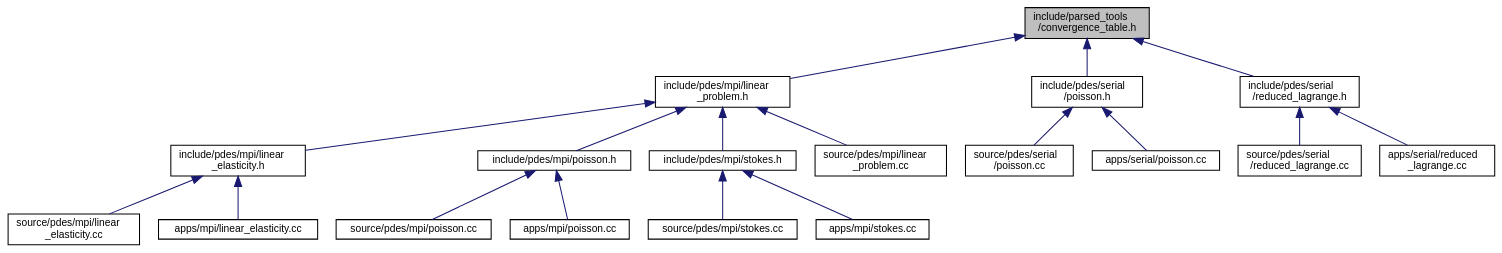
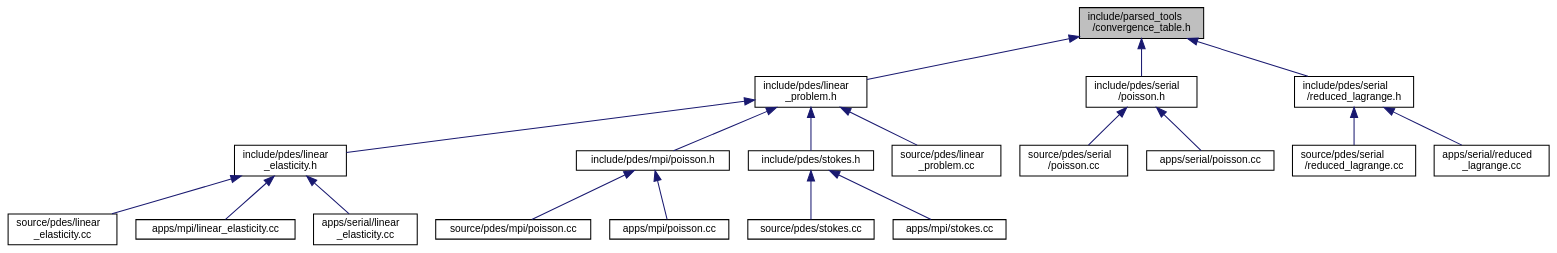
The diagram in convergence__table_8h__dep__incl.dot (luca-heltai/fsi-suite), drawn with Graphviz before and after one commit. The commit also changed 918 other files, not shown here.

```diff
--- a/convergence__table_8h__dep__incl.dot
+++ b/convergence__table_8h__dep__incl.dot
@@ -1,42 +1,44 @@
 digraph "include/parsed_tools/convergence_table.h"
 {
  // LATEX_PDF_SIZE
   bgcolor="transparent";
   edge [fontname="Helvetica",fontsize="10",labelfontname="Helvetica",labelfontsize="10"];
   node [fontname="Helvetica",fontsize="10",shape=record];
   Node1 [label="include/parsed_tools\l/convergence_table.h",height=0.2,width=0.4,color="black", fillcolor="grey75", style="filled", fontcolor="black",tooltip=" "];
   Node1 -> Node2 [dir="back",color="midnightblue",fontsize="10",style="solid",fontname="Helvetica"];
-  Node2 [label="include/pdes/mpi/linear\l_problem.h",height=0.2,width=0.4,color="black",URL="$linear__problem_8h.html",tooltip=" "];
+  Node2 [label="include/pdes/linear\l_problem.h",height=0.2,width=0.4,color="black",URL="$linear__problem_8h.html",tooltip=" "];
   Node2 -> Node3 [dir="back",color="midnightblue",fontsize="10",style="solid",fontname="Helvetica"];
-  Node3 [label="include/pdes/mpi/linear\l_elasticity.h",height=0.2,width=0.4,color="black",URL="$mpi_2linear__elasticity_8h.html",tooltip=" "];
+  Node3 [label="include/pdes/linear\l_elasticity.h",height=0.2,width=0.4,color="black",URL="$linear__elasticity_8h.html",tooltip=" "];
   Node3 -> Node4 [dir="back",color="midnightblue",fontsize="10",style="solid",fontname="Helvetica"];
-  Node4 [label="source/pdes/mpi/linear\l_elasticity.cc",height=0.2,width=0.4,color="black",URL="$source_2pdes_2mpi_2linear__elasticity_8cc.html",tooltip=" "];
+  Node4 [label="source/pdes/linear\l_elasticity.cc",height=0.2,width=0.4,color="black",URL="$source_2pdes_2linear__elasticity_8cc.html",tooltip=" "];
   Node3 -> Node5 [dir="back",color="midnightblue",fontsize="10",style="solid",fontname="Helvetica"];
   Node5 [label="apps/mpi/linear_elasticity.cc",height=0.2,width=0.4,color="black",URL="$apps_2mpi_2linear__elasticity_8cc.html",tooltip=" "];
-  Node2 -> Node6 [dir="back",color="midnightblue",fontsize="10",style="solid",fontname="Helvetica"];
-  Node6 [label="include/pdes/mpi/poisson.h",height=0.2,width=0.4,color="black",URL="$mpi_2poisson_8h.html",tooltip=" "];
-  Node6 -> Node7 [dir="back",color="midnightblue",fontsize="10",style="solid",fontname="Helvetica"];
-  Node7 [label="source/pdes/mpi/poisson.cc",height=0.2,width=0.4,color="black",URL="$source_2pdes_2mpi_2poisson_8cc.html",tooltip=" "];
-  Node6 -> Node8 [dir="back",color="midnightblue",fontsize="10",style="solid",fontname="Helvetica"];
-  Node8 [label="apps/mpi/poisson.cc",height=0.2,width=0.4,color="black",URL="$apps_2mpi_2poisson_8cc.html",tooltip=" "];
-  Node2 -> Node9 [dir="back",color="midnightblue",fontsize="10",style="solid",fontname="Helvetica"];
-  Node9 [label="include/pdes/mpi/stokes.h",height=0.2,width=0.4,color="black",URL="$mpi_2stokes_8h.html",tooltip=" "];
-  Node9 -> Node10 [dir="back",color="midnightblue",fontsize="10",style="solid",fontname="Helvetica"];
-  Node10 [label="source/pdes/mpi/stokes.cc",height=0.2,width=0.4,color="black",URL="$source_2pdes_2mpi_2stokes_8cc.html",tooltip=" "];
-  Node9 -> Node11 [dir="back",color="midnightblue",fontsize="10",style="solid",fontname="Helvetica"];
-  Node11 [label="apps/mpi/stokes.cc",height=0.2,width=0.4,color="black",URL="$apps_2mpi_2stokes_8cc.html",tooltip=" "];
-  Node2 -> Node12 [dir="back",color="midnightblue",fontsize="10",style="solid",fontname="Helvetica"];
-  Node12 [label="source/pdes/mpi/linear\l_problem.cc",height=0.2,width=0.4,color="black",URL="$linear__problem_8cc.html",tooltip=" "];
-  Node1 -> Node13 [dir="back",color="midnightblue",fontsize="10",style="solid",fontname="Helvetica"];
-  Node13 [label="include/pdes/serial\l/poisson.h",height=0.2,width=0.4,color="black",URL="$serial_2poisson_8h.html",tooltip=" "];
-  Node13 -> Node14 [dir="back",color="midnightblue",fontsize="10",style="solid",fontname="Helvetica"];
-  Node14 [label="source/pdes/serial\l/poisson.cc",height=0.2,width=0.4,color="black",URL="$source_2pdes_2serial_2poisson_8cc.html",tooltip=" "];
-  Node13 -> Node15 [dir="back",color="midnightblue",fontsize="10",style="solid",fontname="Helvetica"];
-  Node15 [label="apps/serial/poisson.cc",height=0.2,width=0.4,color="black",URL="$apps_2serial_2poisson_8cc.html",tooltip=" "];
-  Node1 -> Node16 [dir="back",color="midnightblue",fontsize="10",style="solid",fontname="Helvetica"];
-  Node16 [label="include/pdes/serial\l/reduced_lagrange.h",height=0.2,width=0.4,color="black",URL="$reduced__lagrange_8h.html",tooltip=" "];
-  Node16 -> Node17 [dir="back",color="midnightblue",fontsize="10",style="solid",fontname="Helvetica"];
-  Node17 [label="source/pdes/serial\l/reduced_lagrange.cc",height=0.2,width=0.4,color="black",URL="$source_2pdes_2serial_2reduced__lagrange_8cc.html",tooltip=" "];
-  Node16 -> Node18 [dir="back",color="midnightblue",fontsize="10",style="solid",fontname="Helvetica"];
-  Node18 [label="apps/serial/reduced\l_lagrange.cc",height=0.2,width=0.4,color="black",URL="$apps_2serial_2reduced__lagrange_8cc.html",tooltip=" "];
+  Node3 -> Node6 [dir="back",color="midnightblue",fontsize="10",style="solid",fontname="Helvetica"];
+  Node6 [label="apps/serial/linear\l_elasticity.cc",height=0.2,width=0.4,color="black",URL="$apps_2serial_2linear__elasticity_8cc.html",tooltip=" "];
+  Node2 -> Node7 [dir="back",color="midnightblue",fontsize="10",style="solid",fontname="Helvetica"];
+  Node7 [label="include/pdes/mpi/poisson.h",height=0.2,width=0.4,color="black",URL="$mpi_2poisson_8h.html",tooltip=" "];
+  Node7 -> Node8 [dir="back",color="midnightblue",fontsize="10",style="solid",fontname="Helvetica"];
+  Node8 [label="source/pdes/mpi/poisson.cc",height=0.2,width=0.4,color="black",URL="$source_2pdes_2mpi_2poisson_8cc.html",tooltip=" "];
+  Node7 -> Node9 [dir="back",color="midnightblue",fontsize="10",style="solid",fontname="Helvetica"];
+  Node9 [label="apps/mpi/poisson.cc",height=0.2,width=0.4,color="black",URL="$apps_2mpi_2poisson_8cc.html",tooltip=" "];
+  Node2 -> Node10 [dir="back",color="midnightblue",fontsize="10",style="solid",fontname="Helvetica"];
+  Node10 [label="include/pdes/stokes.h",height=0.2,width=0.4,color="black",URL="$stokes_8h.html",tooltip=" "];
+  Node10 -> Node11 [dir="back",color="midnightblue",fontsize="10",style="solid",fontname="Helvetica"];
+  Node11 [label="source/pdes/stokes.cc",height=0.2,width=0.4,color="black",URL="$source_2pdes_2stokes_8cc.html",tooltip=" "];
+  Node10 -> Node12 [dir="back",color="midnightblue",fontsize="10",style="solid",fontname="Helvetica"];
+  Node12 [label="apps/mpi/stokes.cc",height=0.2,width=0.4,color="black",URL="$apps_2mpi_2stokes_8cc.html",tooltip=" "];
+  Node2 -> Node13 [dir="back",color="midnightblue",fontsize="10",style="solid",fontname="Helvetica"];
+  Node13 [label="source/pdes/linear\l_problem.cc",height=0.2,width=0.4,color="black",URL="$linear__problem_8cc.html",tooltip=" "];
+  Node1 -> Node14 [dir="back",color="midnightblue",fontsize="10",style="solid",fontname="Helvetica"];
+  Node14 [label="include/pdes/serial\l/poisson.h",height=0.2,width=0.4,color="black",URL="$serial_2poisson_8h.html",tooltip=" "];
+  Node14 -> Node15 [dir="back",color="midnightblue",fontsize="10",style="solid",fontname="Helvetica"];
+  Node15 [label="source/pdes/serial\l/poisson.cc",height=0.2,width=0.4,color="black",URL="$source_2pdes_2serial_2poisson_8cc.html",tooltip=" "];
+  Node14 -> Node16 [dir="back",color="midnightblue",fontsize="10",style="solid",fontname="Helvetica"];
+  Node16 [label="apps/serial/poisson.cc",height=0.2,width=0.4,color="black",URL="$apps_2serial_2poisson_8cc.html",tooltip=" "];
+  Node1 -> Node17 [dir="back",color="midnightblue",fontsize="10",style="solid",fontname="Helvetica"];
+  Node17 [label="include/pdes/serial\l/reduced_lagrange.h",height=0.2,width=0.4,color="black",URL="$reduced__lagrange_8h.html",tooltip=" "];
+  Node17 -> Node18 [dir="back",color="midnightblue",fontsize="10",style="solid",fontname="Helvetica"];
+  Node18 [label="source/pdes/serial\l/reduced_lagrange.cc",height=0.2,width=0.4,color="black",URL="$source_2pdes_2serial_2reduced__lagrange_8cc.html",tooltip=" "];
+  Node17 -> Node19 [dir="back",color="midnightblue",fontsize="10",style="solid",fontname="Helvetica"];
+  Node19 [label="apps/serial/reduced\l_lagrange.cc",height=0.2,width=0.4,color="black",URL="$apps_2serial_2reduced__lagrange_8cc.html",tooltip=" "];
 }
```
